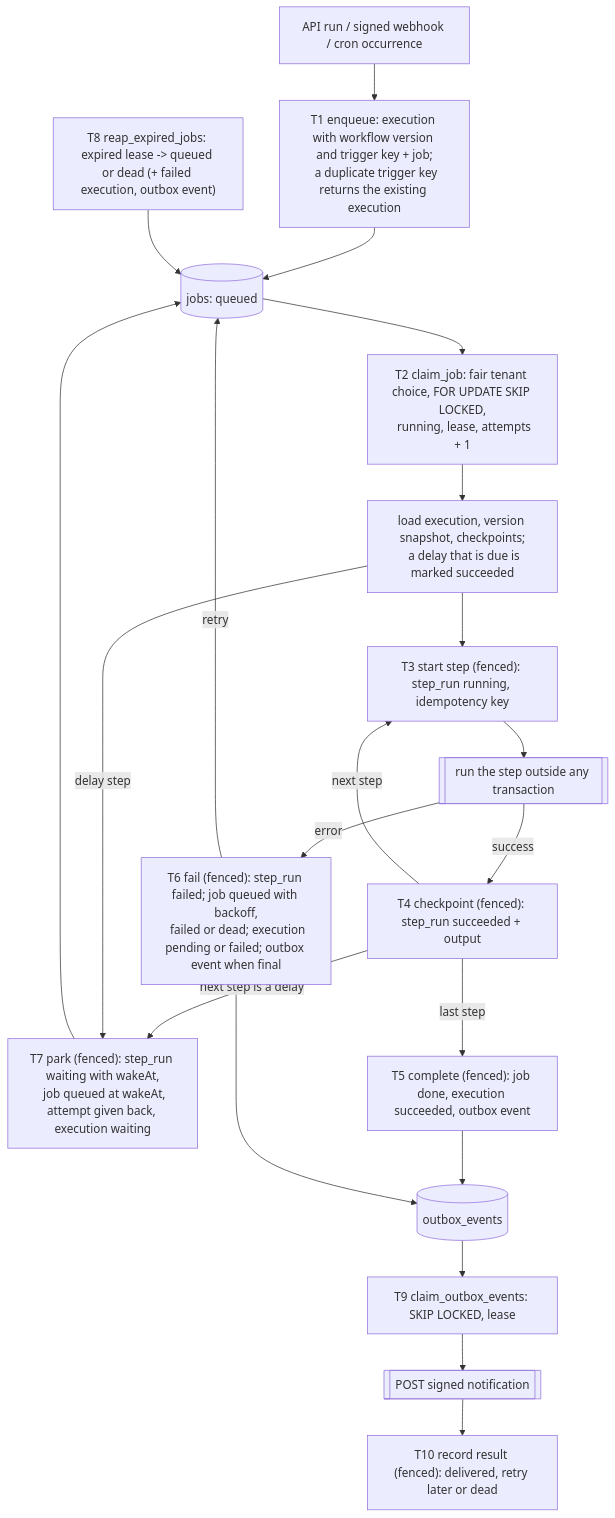
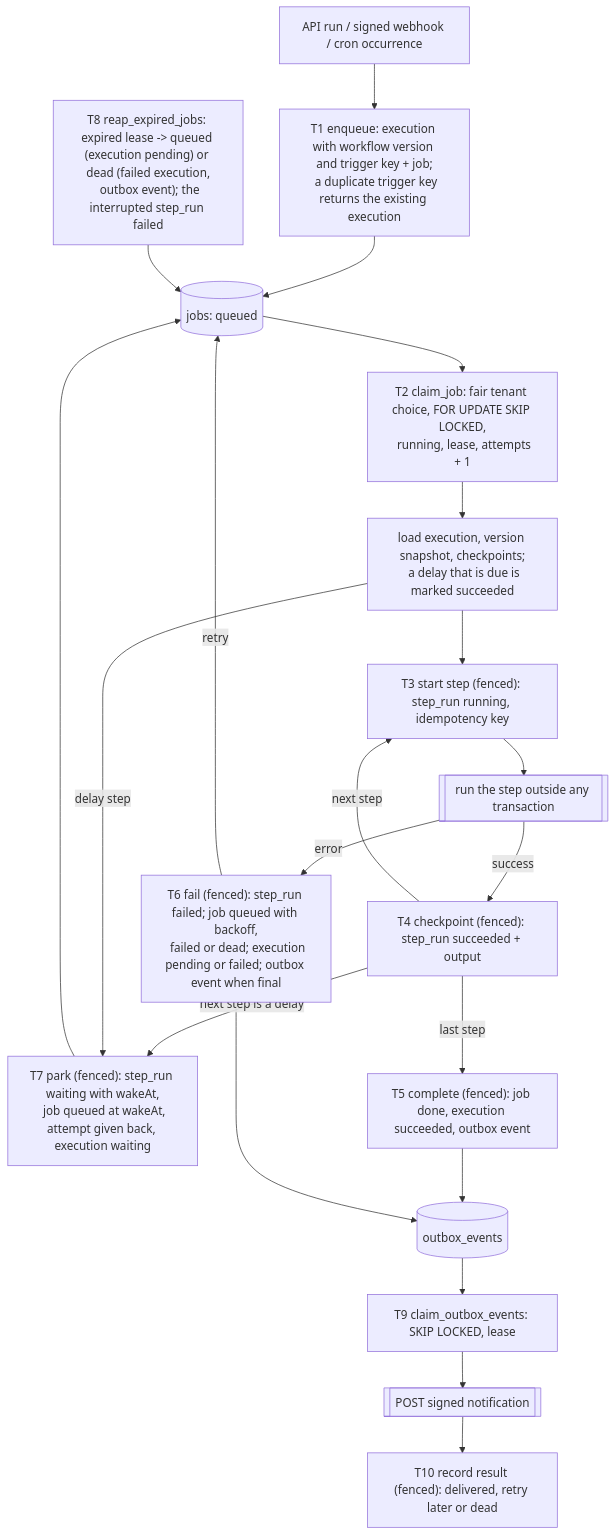
The diagram in README.md (gallisak/flowforge), drawn with Mermaid before and after one commit. The commit also changed other lines of this file and 13 other files, not shown here.

````diff
--- a/README.md
+++ b/README.md
@@ -81,28 +81,29 @@
 ```mermaid
 flowchart TD
   trigger["API run / signed webhook / cron occurrence"] --> T1
   T1["T1 enqueue: execution with workflow version and trigger key + job;
   a duplicate trigger key returns the existing execution"] --> queue[("jobs: queued")]
   queue --> T2["T2 claim_job: fair tenant choice, FOR UPDATE SKIP LOCKED,
   running, lease, attempts + 1"]
   T2 --> load["load execution, version snapshot, checkpoints;
   a delay that is due is marked succeeded"]
   load --> T3["T3 start step (fenced): step_run running, idempotency key"]
   T3 --> effect[["run the step outside any transaction"]]
   effect -->|success| T4["T4 checkpoint (fenced): step_run succeeded + output"]
   T4 -->|next step| T3
   T4 -->|next step is a delay| T7
   T4 -->|last step| T5["T5 complete (fenced): job done, execution succeeded, outbox event"]
   effect -->|error| T6["T6 fail (fenced): step_run failed; job queued with backoff,
   failed or dead; execution pending or failed; outbox event when final"]
   load -->|delay step| T7["T7 park (fenced): step_run waiting with wakeAt,
   job queued at wakeAt, attempt given back, execution waiting"]
   T7 --> queue
   T6 -->|retry| queue
-  reaper["T8 reap_expired_jobs: expired lease -> queued or dead (+ failed execution, outbox event)"] --> queue
+  reaper["T8 reap_expired_jobs: expired lease -> queued (execution pending) or dead (failed execution,
+  outbox event); the interrupted step_run failed"] --> queue
   T5 --> outbox[("outbox_events")]
   T6 --> outbox
   outbox --> T9["T9 claim_outbox_events: SKIP LOCKED, lease"]
   T9 --> post[["POST signed notification"]]
   post --> T10["T10 record result (fenced): delivered, retry later or dead"]
 ```
````
